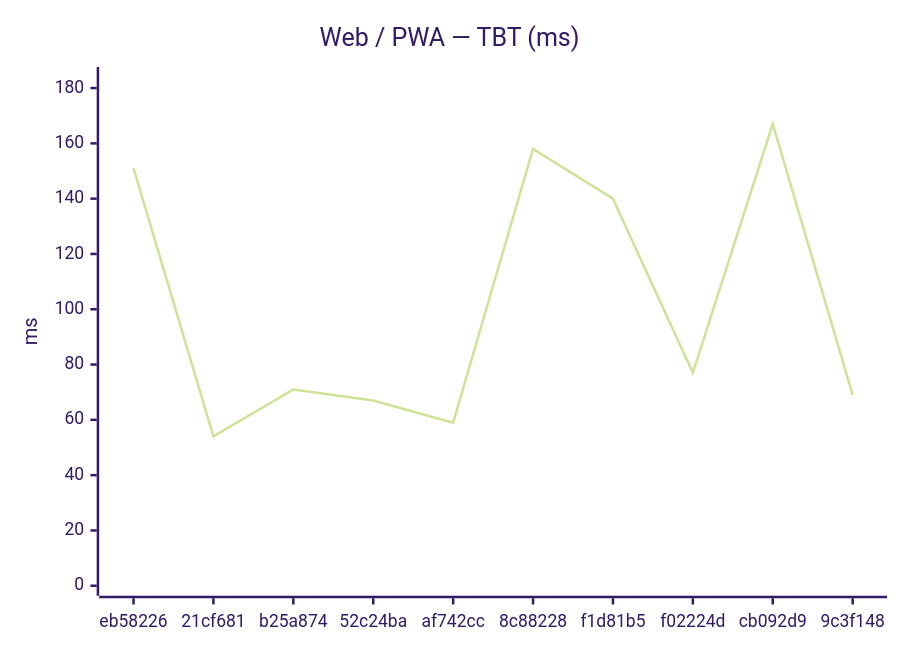
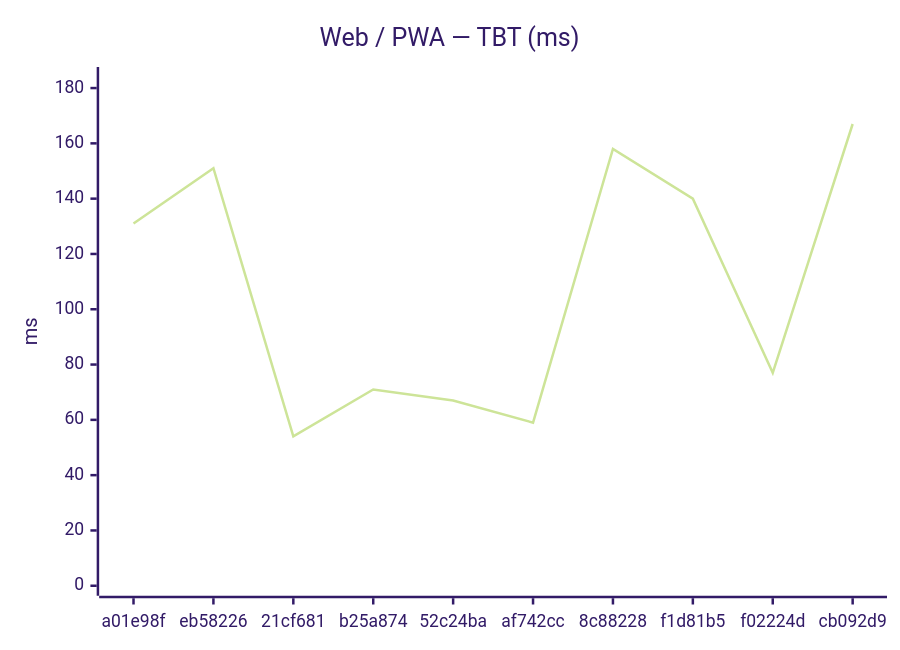
Before and after one commit to Metaheurist/Rianell: the second of 18 diagrams in benchmarks/compare.md, drawn with Mermaid (forest theme). The commit also changed other lines of this file and 11 other files, not shown here.

````diff
--- a/benchmarks/compare.md
+++ b/benchmarks/compare.md
@@ -31,7 +31,7 @@
 ```mermaid
 xychart-beta
     title "Web / PWA — TBT (ms)"
-    x-axis ["eb58226", "21cf681", "b25a874", "52c24ba", "af742cc", "8c88228", "f1d81b5", "f02224d", "cb092d9", "9c3f148"]
+    x-axis ["a01e98f", "eb58226", "21cf681", "b25a874", "52c24ba", "af742cc", "8c88228", "f1d81b5", "f02224d", "cb092d9"]
     y-axis "ms" 0 --> 184
-    line [151, 54, 71, 67, 59, 158, 140, 77, 167, 69]
+    line [131, 151, 54, 71, 67, 59, 158, 140, 77, 167]
 ```
````
